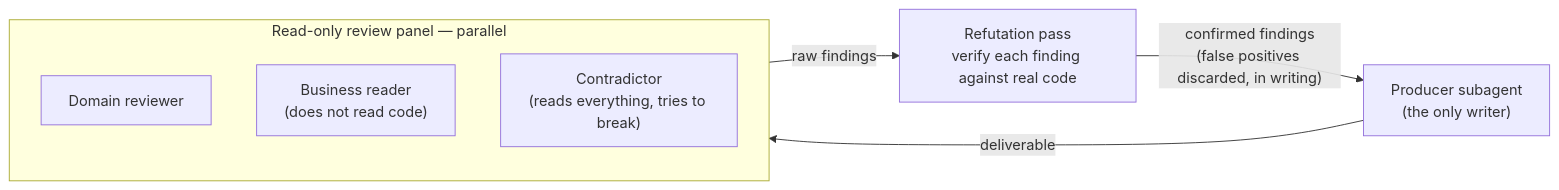
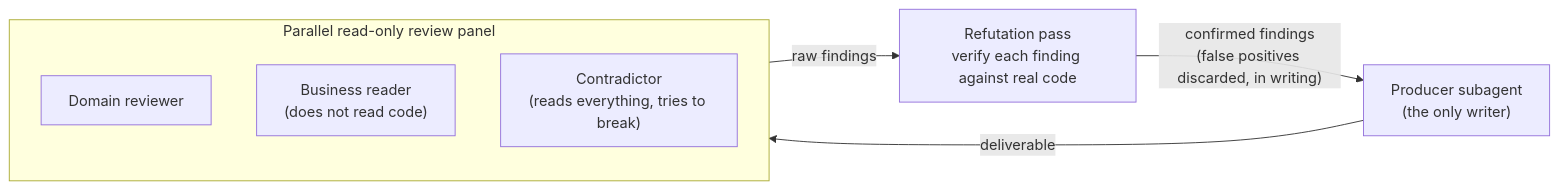
One commit to gabrielchinarro-pro/mainstay changed the third of 3 diagrams in docs/fr/core/03-agent-architecture.md. Above: the diagram before and after it, drawn with Mermaid. The commit also changed other lines of this file and 86 other files, not shown here.

````diff
--- a/docs/fr/core/03-agent-architecture.md
+++ b/docs/fr/core/03-agent-architecture.md
@@ -212,11 +212,11 @@
 ```mermaid
 flowchart LR
     P["Producer subagent\n(the only writer)"] -->|deliverable| PANEL
-    subgraph PANEL["Read-only review panel — parallel"]
+    subgraph PANEL["Parallel read-only review panel"]
         R1["Domain reviewer"]
         R2["Business reader\n(does not read code)"]
         R3["Contradictor\n(reads everything, tries to break)"]
     end
     PANEL -->|raw findings| V["Refutation pass\nverify each finding against real code"]
     V -->|"confirmed findings\n(false positives discarded, in writing)"| P
 ```
````
